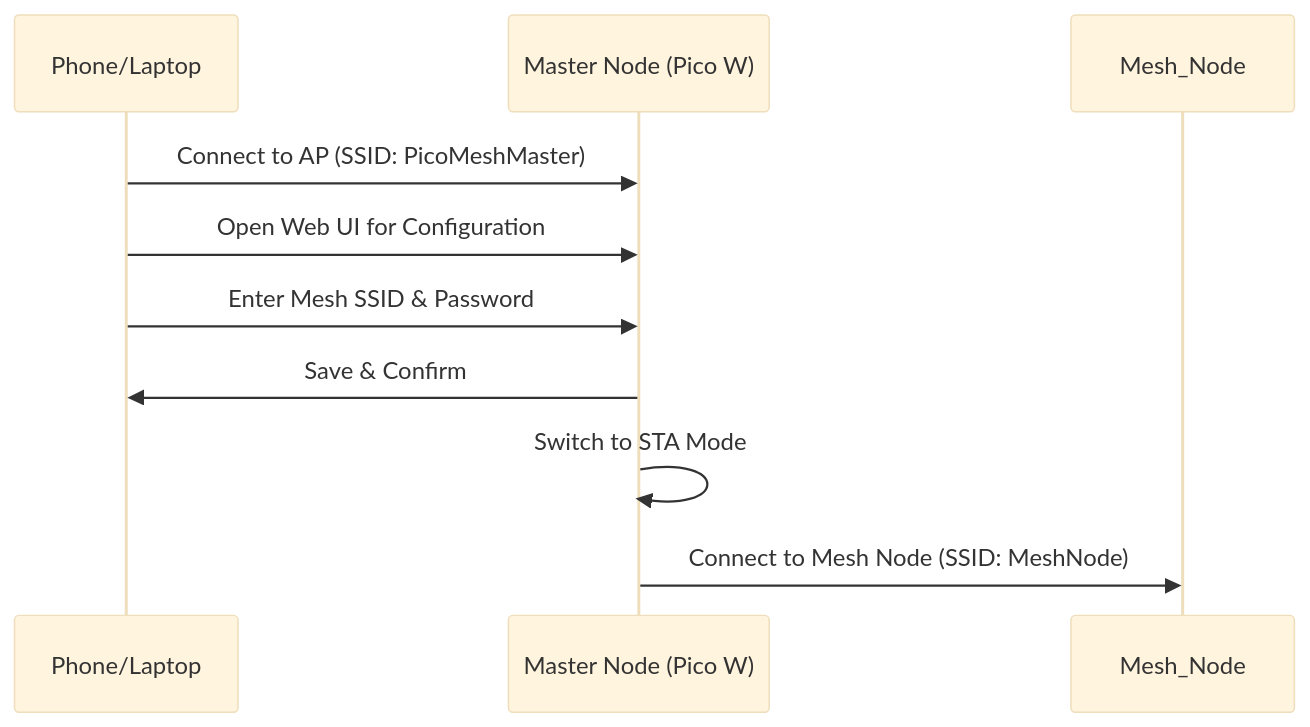
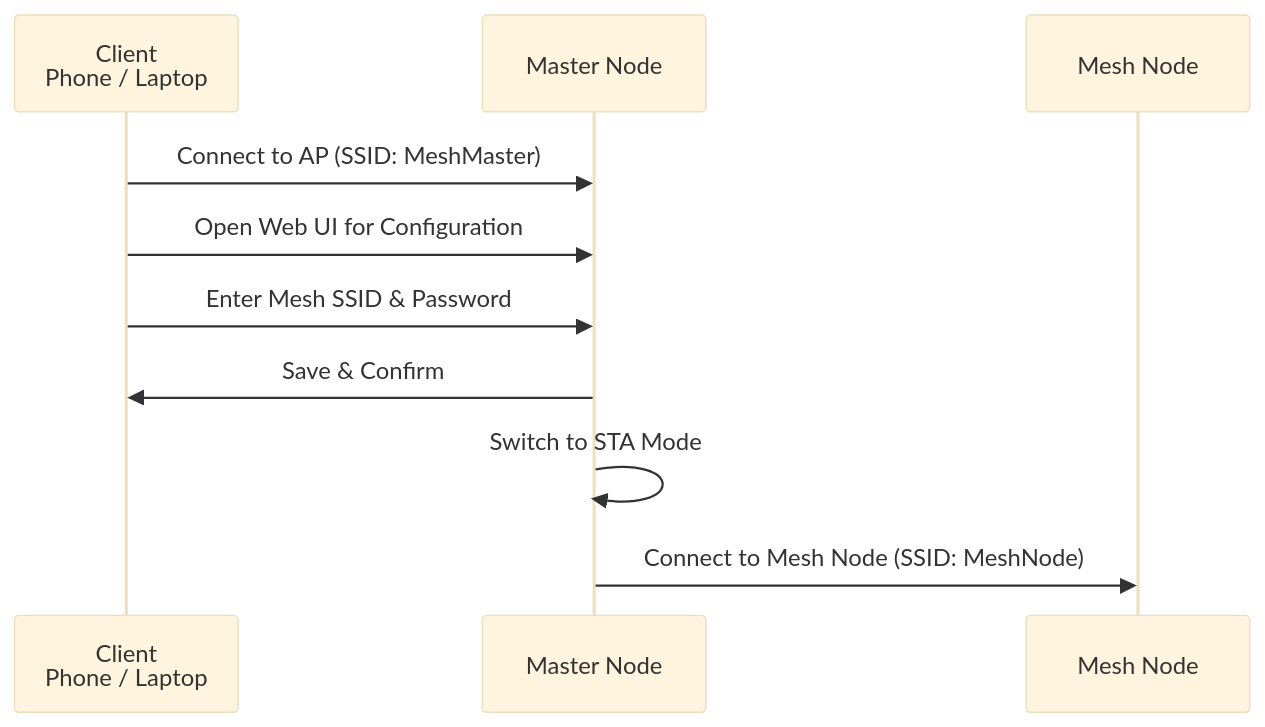
One commit to Rackhamn/iot_arch_project1 changed the eighth of 9 diagrams in README.md. Above: the diagram before and after it, drawn with Mermaid (base theme). The commit also changed other lines of this file, not shown here.

Commit message:
Renamed Mesh Network Graph Titles etc

````diff
--- a/README.md
+++ b/README.md
@@ -318,15 +318,17 @@
 ```mermaid
 sequenceDiagram
-    participant Phone/Laptop
-    participant Master_Node as Master Node (Pico W)
+    %% <b style="color: orange;">xxx</b>
+    participant Client as Client<br/>Phone / Laptop
+    participant Master_Node as Master Node
+    participant Mesh_Node as Mesh Node
 
     %% Master_Node ->> Master_Node: Init as AP Mode
     %% Mesh_Node ->> Mesh_Node: Init as STA Mode
 
-    Phone/Laptop ->> Master_Node: Connect to AP (SSID: PicoMeshMaster)
-    Phone/Laptop ->> Master_Node: Open Web UI for Configuration
-    Phone/Laptop ->> Master_Node: Enter Mesh SSID & Password
-    Master_Node ->> Phone/Laptop: Save & Confirm
+    Client ->> Master_Node: Connect to AP (SSID: MeshMaster)
+    Client ->> Master_Node: Open Web UI for Configuration
+    Client ->> Master_Node: Enter Mesh SSID & Password
+    Master_Node ->> Client: Save & Confirm
     Master_Node ->> Master_Node: Switch to STA Mode
     Master_Node ->> Mesh_Node: Connect to Mesh Node (SSID: MeshNode)
 ```
````
